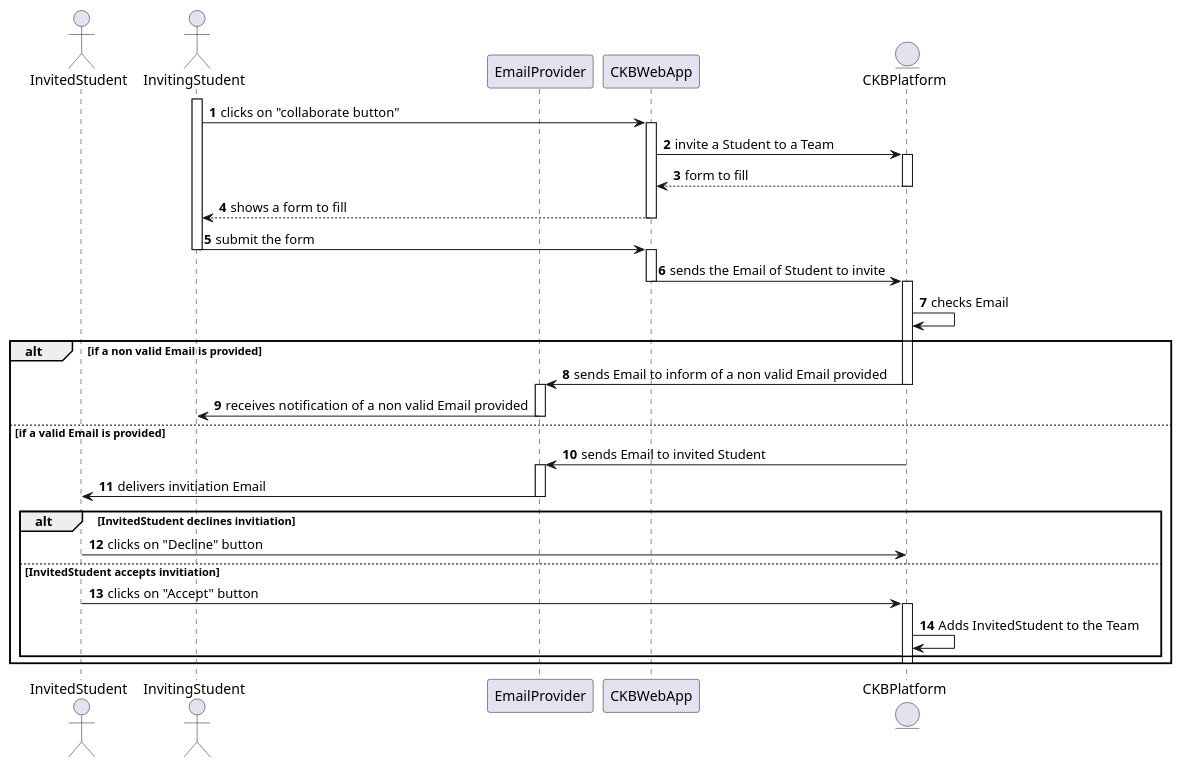
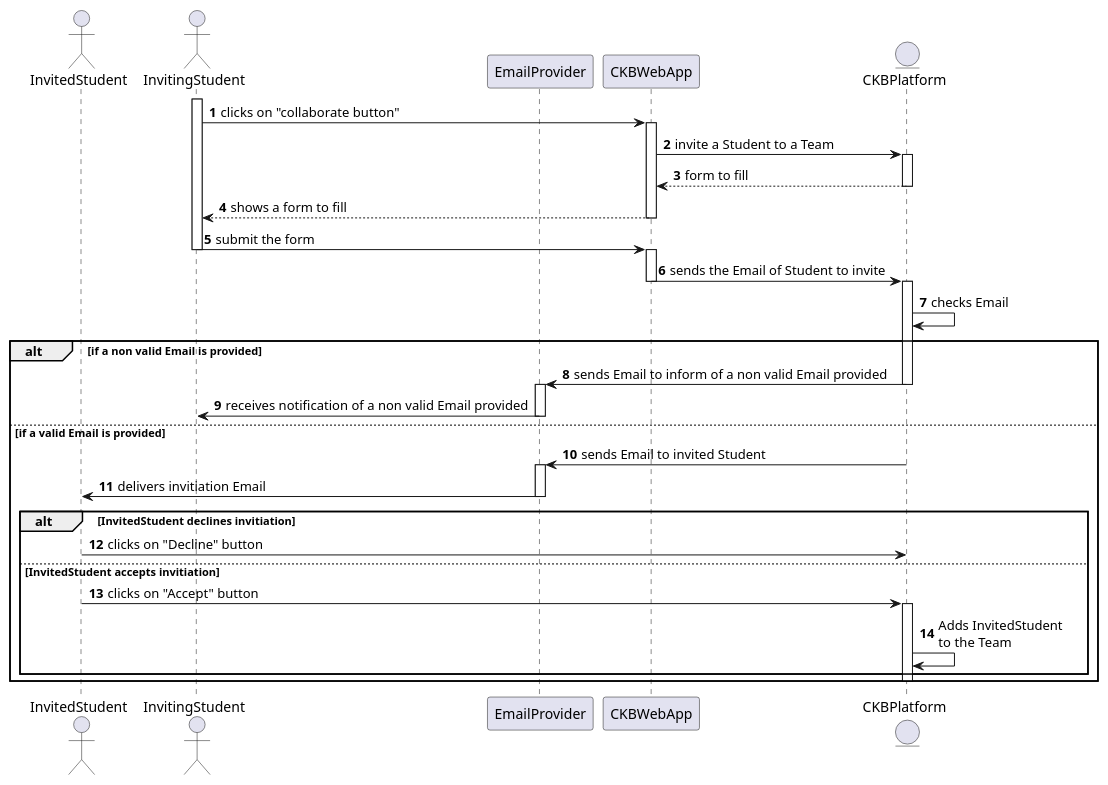
One commit to Angelo7672/SE2_Requirement-and-Design-Document changed the diagram in _RASD/Images/UML/sequenceDiagram/sequenceDiagramUC4b.wsd. Above: the diagram before and after it, drawn with PlantUML. The commit also changed 10 other files, not shown here.

```diff
--- a/_RASD/Images/UML/sequenceDiagram/sequenceDiagramUC4b.wsd
+++ b/_RASD/Images/UML/sequenceDiagram/sequenceDiagramUC4b.wsd
@@ -1,50 +1,50 @@
 @startuml
 
 autonumber
 
 actor InvitedStudent as UB
 actor InvitingStudent as UA
 participant EmailProvider as E
 participant CKBWebApp as A
 entity CKBPlatform as P
 
 activate UA
 UA -> A: clicks on "collaborate button"
 activate A
 A -> P: invite a Student to a Team
 activate P
 P --> A: form to fill
 deactivate P
 UA <-- A: shows a form to fill
 deactivate A
 UA -> A: submit the form
 deactivate UA
 activate A
 A -> P: sends the Email of Student to invite
 deactivate A
 activate P
 P -> P: checks Email
 deactivate A
 
 alt if a non valid Email is provided
     P -> E: sends Email to inform of a non valid Email provided
     deactivate P
     activate E
     E -> UA: receives notification of a non valid Email provided
     deactivate E
 else if a valid Email is provided
     P -> E: sends Email to invited Student
     activate E
     E -> UB: delivers invitiation Email
     deactivate E
 
     alt InvitedStudent declines invitiation
         UB -> P: clicks on "Decline" button
     else InvitedStudent accepts invitiation
         UB -> P: clicks on "Accept" button
         activate P
-        P -> P: Adds InvitedStudent to the Team
+        P -> P: Adds InvitedStudent \nto the Team
     end
     deactivate P
 end 
 @enduml
```
